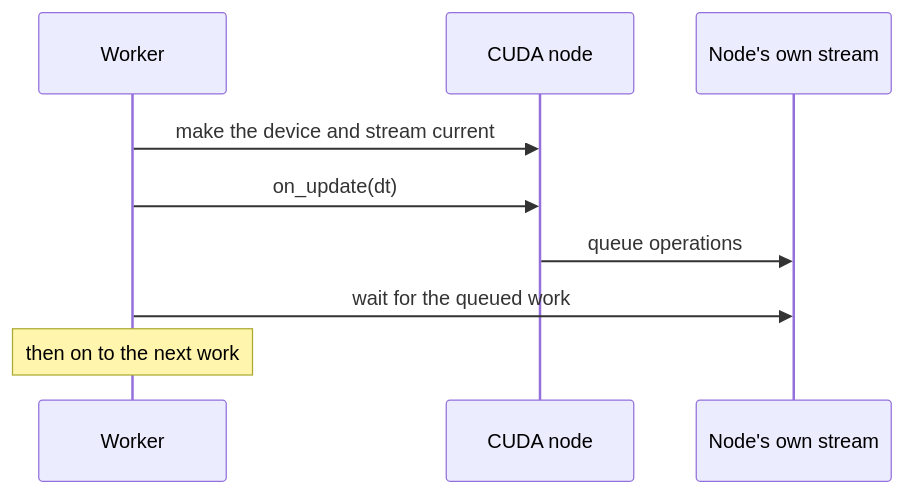
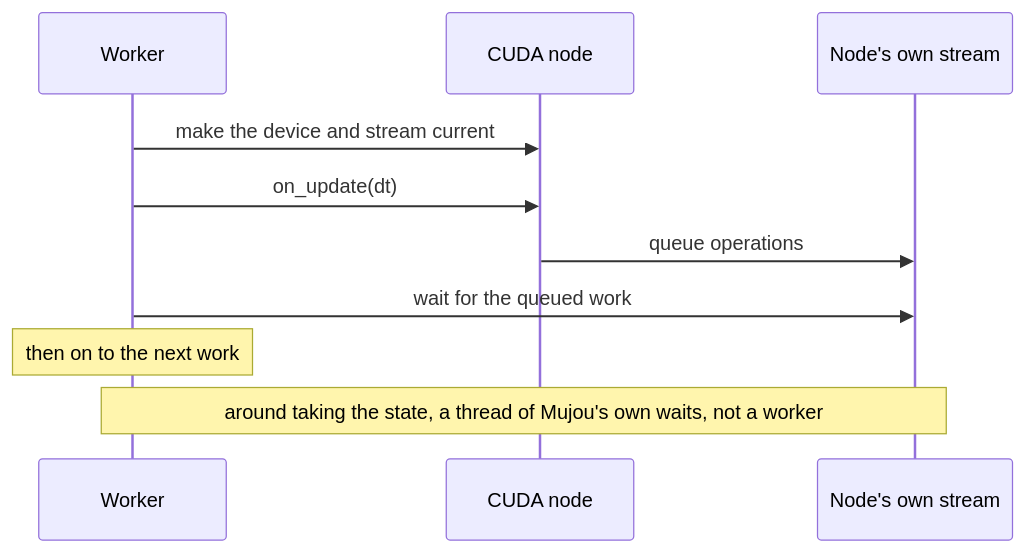
Before and after one commit to Geson-anko/mujou: the third of 4 diagrams in docs/en/topics/threads-and-devices.md, drawn with Mermaid. The commit also changed other lines of this file and 49 other files, not shown here.

````diff
--- a/docs/en/topics/threads-and-devices.md
+++ b/docs/en/topics/threads-and-devices.md
@@ -186,11 +97,12 @@
 ```mermaid
 sequenceDiagram
     participant W as Worker
     participant N as CUDA node
     participant S as Node's own stream
     W->>N: make the device and stream current
     W->>N: on_update(dt)
     N->>S: queue operations
     W->>S: wait for the queued work
     Note over W: then on to the next work
+    Note over W,S: around taking the state, a thread of Mujou's own waits, not a worker
 ```
````
